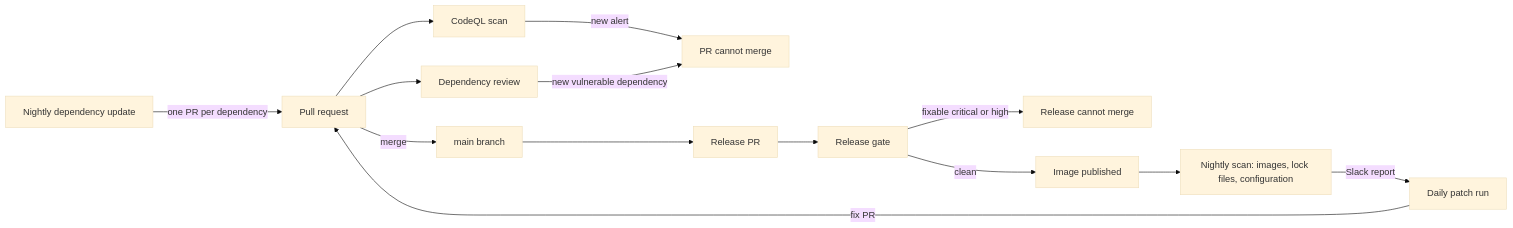
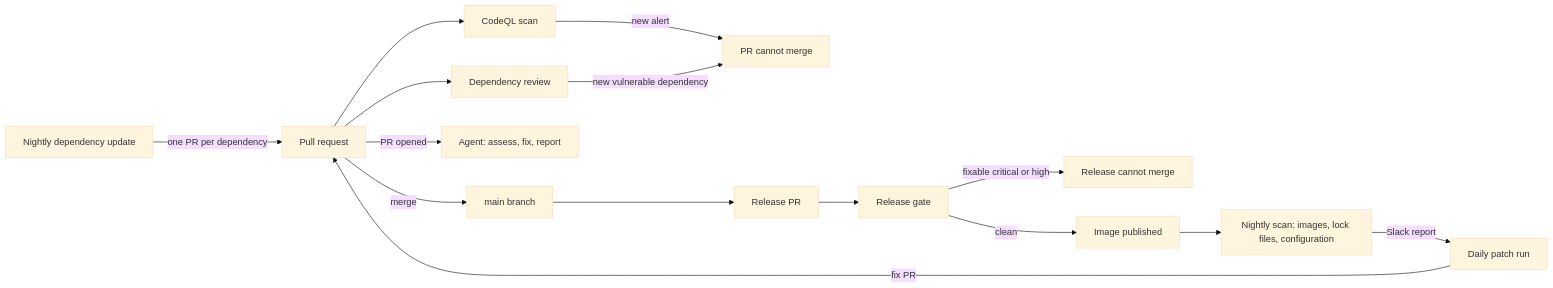
One commit to Unique-AG/connectors changed the diagram in SECURITY-PROCESS.md. Above: the diagram before and after it, drawn with Mermaid (base theme). The commit also changed other lines of this file and 2 other files, not shown here.

````diff
--- a/SECURITY-PROCESS.md
+++ b/SECURITY-PROCESS.md
@@ -12,16 +12,17 @@
 ```mermaid
 flowchart LR
   pr[Pull request] --> codeql[CodeQL scan]
   pr --> review[Dependency review]
   codeql -->|new alert| prStop[PR cannot merge]
   review -->|new vulnerable dependency| prStop
   nightlyUpdate[Nightly dependency update] -->|one PR per dependency| pr
+  pr -->|PR opened| agent[Agent: assess, fix, report]
   pr -->|merge| main[main branch]
   main --> releasePr[Release PR]
   releasePr --> gate[Release gate]
   gate -->|fixable critical or high| relStop[Release cannot merge]
   gate -->|clean| published[Image published]
   published --> nightlyScan["Nightly scan: images, lock files, configuration"]
   nightlyScan -->|Slack report| patchRun[Daily patch run]
   patchRun -->|fix PR| pr
 ```
````
